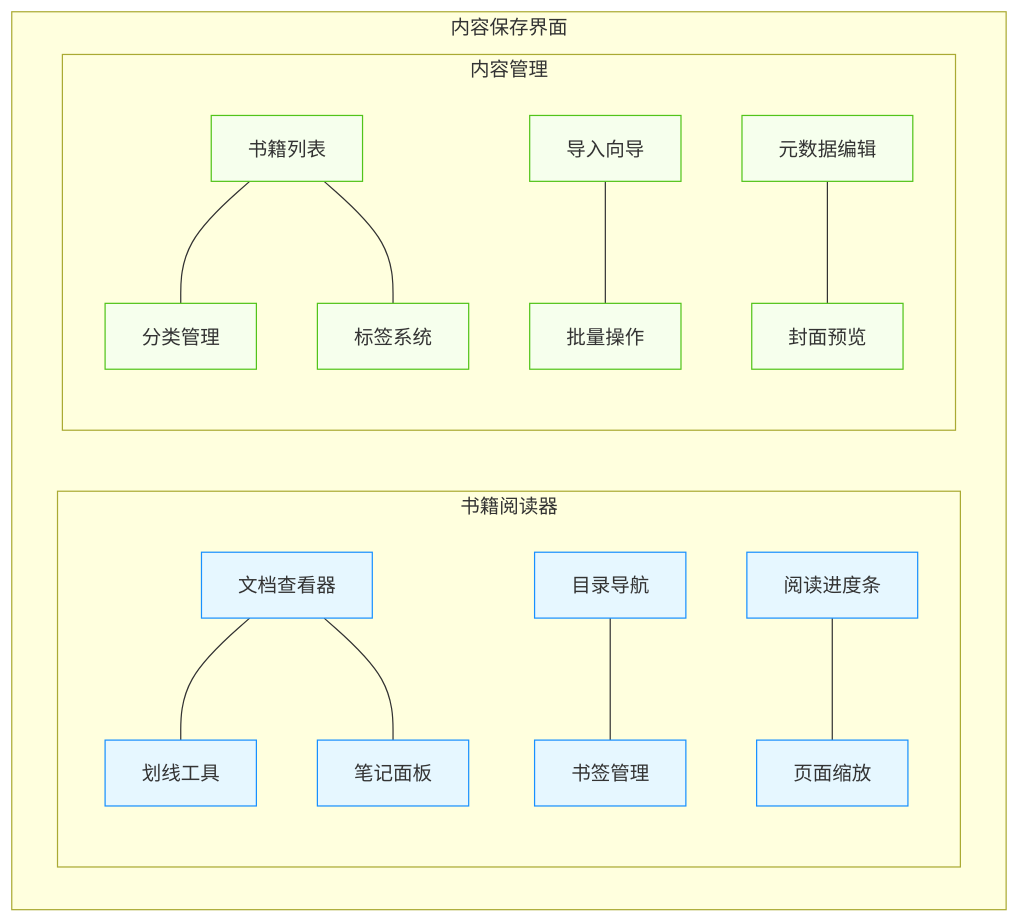
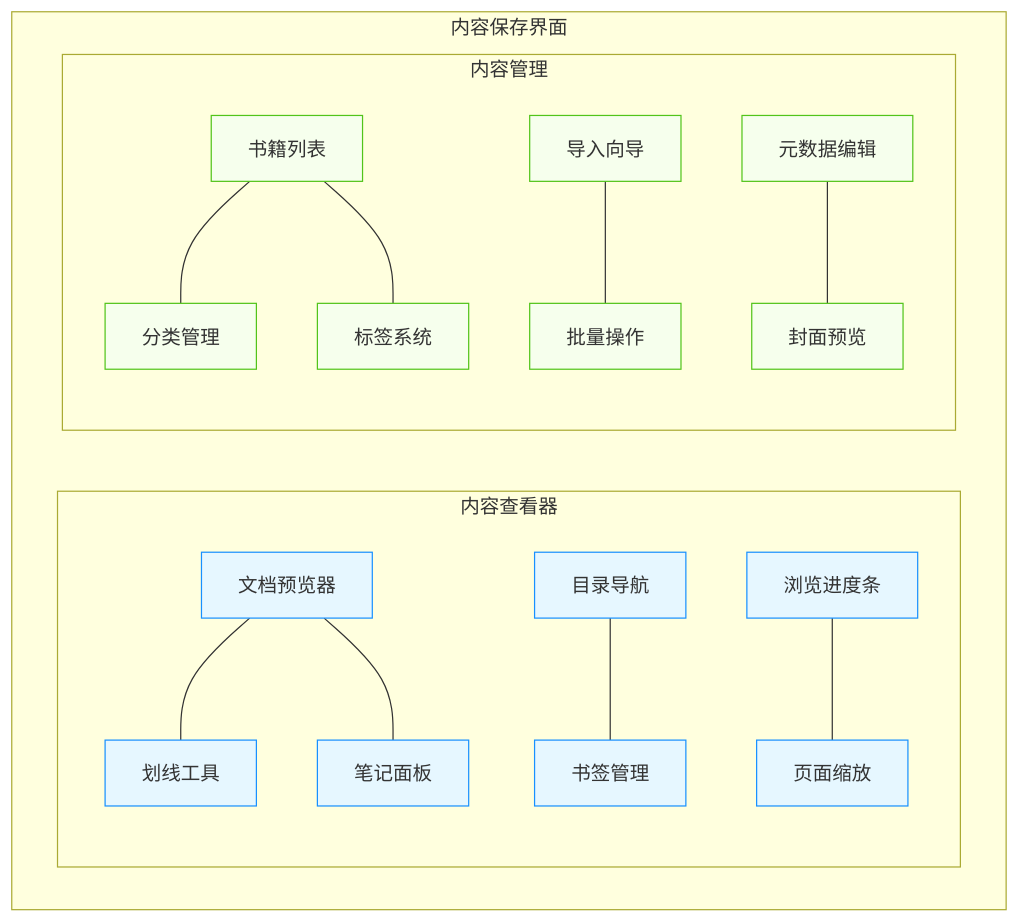
Diagram 13 of 19 in MyStartups/NextBook/README.md (EnigmaWU/MyLLM_Arena), drawn with Mermaid before and after one commit. The commit also changed other lines of this file, not shown here.

````diff
--- a/MyStartups/NextBook/README.md
+++ b/MyStartups/NextBook/README.md
@@ -681,26 +682,26 @@
 ```mermaid
 graph TD
     subgraph "内容保存界面"
         direction LR
         
-        subgraph "书籍阅读器"
-            R1[文档查看器] --- R2[划线工具]
+        subgraph "内容查看器"
+            R1[文档预览器] --- R2[划线工具]
             R1 --- R3[笔记面板]
             R4[目录导航] --- R5[书签管理]
-            R6[阅读进度条] --- R7[页面缩放]
+            R6[浏览进度条] --- R7[页面缩放]
         end
         
         subgraph "内容管理"
             M1[书籍列表] --- M2[分类管理]
             M1 --- M3[标签系统]
             M4[导入向导] --- M5[批量操作]
             M6[元数据编辑] --- M7[封面预览]
         end
     end
     
-    classDef reader fill:#e6f7ff,stroke:#1890ff
+    classDef viewer fill:#e6f7ff,stroke:#1890ff
     classDef manager fill:#f6ffed,stroke:#52c41a
     
-    class R1,R2,R3,R4,R5,R6,R7 reader
+    class R1,R2,R3,R4,R5,R6,R7 viewer
     class M1,M2,M3,M4,M5,M6,M7 manager
 ```
````
